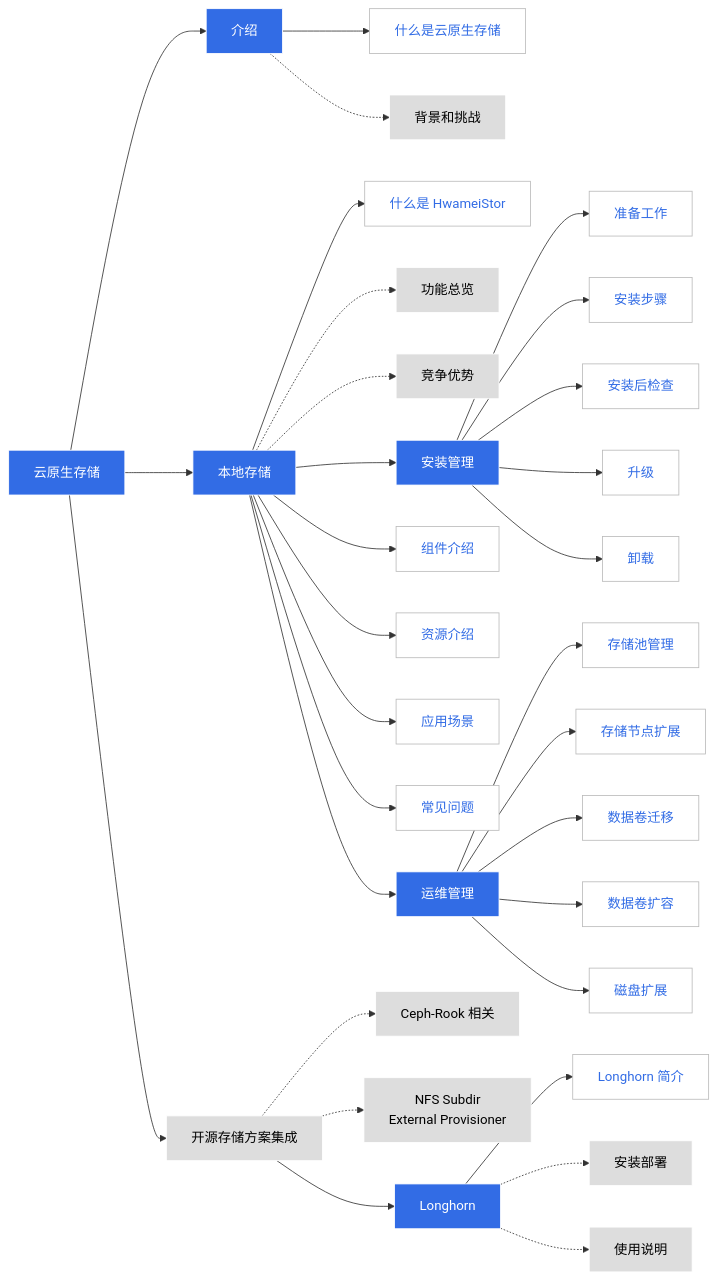
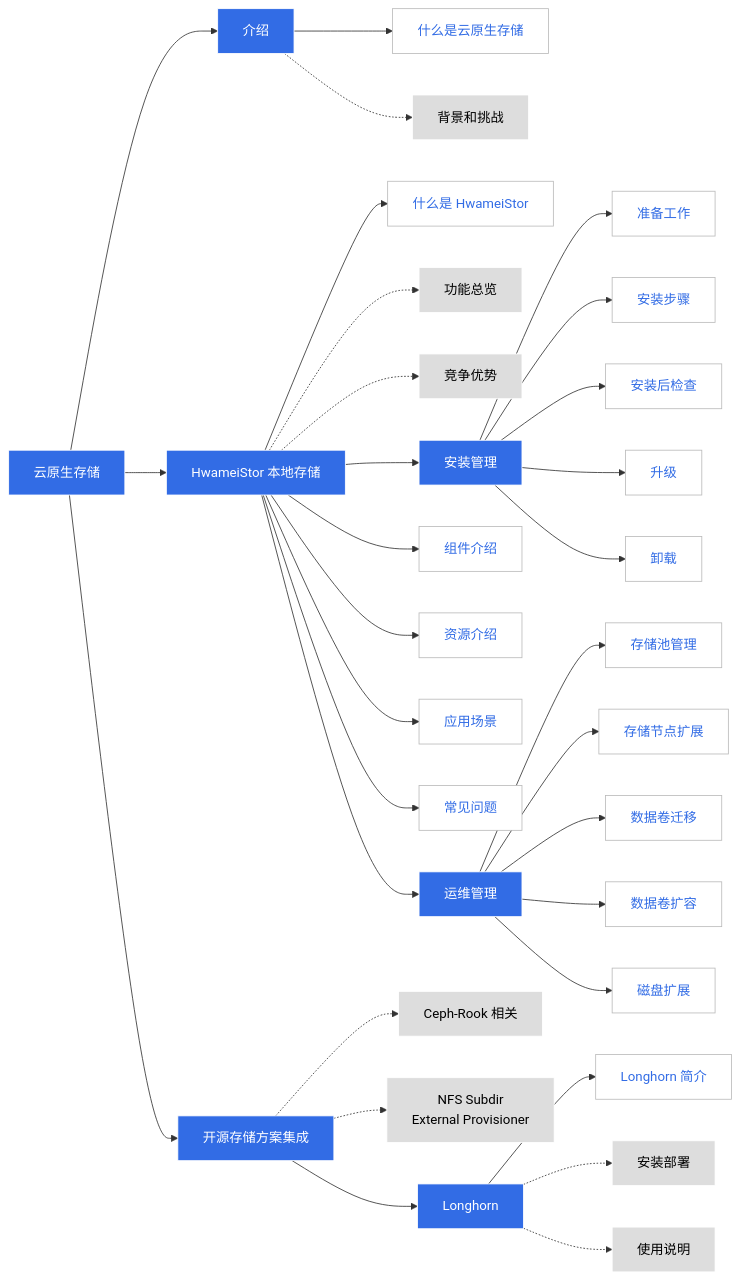
Before and after one commit to DaoCloud/DaoCloud-docs: the diagram in docs/zh/docs/storage/intro.md, drawn with Mermaid. The commit also changed 4 other files, not shown here.

````diff
--- a/docs/zh/docs/storage/intro.md
+++ b/docs/zh/docs/storage/intro.md
@@ -18,60 +18,60 @@
 ```mermaid
 graph LR
 
 stor[云原生存储] --> intro[介绍]
     intro --> what1[什么是云原生存储]
     intro -.-> back[背景和挑战]
-stor --> hwa[本地存储]
+stor --> hwa[HwameiStor 本地存储]
     hwa --> what2[什么是 HwameiStor]
     hwa -.-> feature[功能总览]
     hwa -.-> benefit[竞争优势]
     hwa --> install[安装管理]
         install --> prepare[准备工作]
         install --> step[安装步骤]
         install --> check[安装后检查]
         install --> upgrade[升级]
         install --> uninstall[卸载]
     hwa --> parts[组件介绍]
     hwa --> resources[资源介绍]
     hwa --> sce[应用场景]
     hwa --> faq[常见问题]
     hwa --> om[运维管理]
         om --> pool[存储池管理]
         om --> node[存储节点扩展]
         om --> migrate[数据卷迁移]
         om --> scale[数据卷扩容]
         om --> disk[磁盘扩展]
 stor --> open[开源存储方案集成]
     open -.-> ceph[Ceph-Rook 相关]
     open -.-> nfs[NFS Subdir<br>External Provisioner]
     open --> long[Longhorn]
         long --> intro1[Longhorn 简介]
         long -.-> ins[安装部署]
         long -.-> use[使用说明]
 
 classDef plain fill:#ddd,stroke:#fff,stroke-width:1px,color:#000;
 classDef k8s fill:#326ce5,stroke:#fff,stroke-width:1px,color:#fff;
 classDef cluster fill:#fff,stroke:#bbb,stroke-width:1px,color:#326ce5;
 
-class back,open,ceph,nfs,ins,use,feature,benefit plain;
+class back,ceph,nfs,ins,use,feature,benefit plain;
 class what1,what2,prepare,step,check,upgrade,uninstall,parts,resources,sce,faq,pool,node,migrate,scale,disk,intro1 cluster
-class stor,intro,hwa,install,om,long k8s
+class stor,intro,hwa,install,om,long,open k8s
 
 click what1 "https://docs.daocloud.io/storage/intro/"
 click what2 "https://docs.daocloud.io/storage/hwameistor/intro/what/"
 click prepare "https://docs.daocloud.io/storage/hwameistor/install/prereq/"
 click step "https://docs.daocloud.io/storage/hwameistor/install/deploy/"
 click check "https://docs.daocloud.io/storage/hwameistor/install/post-check/"
 click upgrade "https://docs.daocloud.io/storage/hwameistor/install/upgrade/"
 click uninstall "https://docs.daocloud.io/storage/hwameistor/install/uninstall/"
 click parts "https://docs.daocloud.io/storage/hwameistor/intro/ldm/"
 click resources "https://docs.daocloud.io/storage/hwameistor/intro/resources/"
 click sce "https://docs.daocloud.io/storage/hwameistor/application/overview/"
 click faq "https://docs.daocloud.io/storage/hwameistor/faqs/"
 click pool "https://docs.daocloud.io/storage/hwameistor/resources/storagepool/"
 click node "https://docs.daocloud.io/storage/hwameistor/resources/node-expansion/"
 click migrate "https://docs.daocloud.io/storage/hwameistor/resources/migrate/"
 click scale "https://docs.daocloud.io/storage/hwameistor/resources/expand/"
 click disk "https://docs.daocloud.io/storage/hwameistor/resources/disk-expansion/"
 click intro1 "https://docs.daocloud.io/storage/longhorn/"
 ```
````
